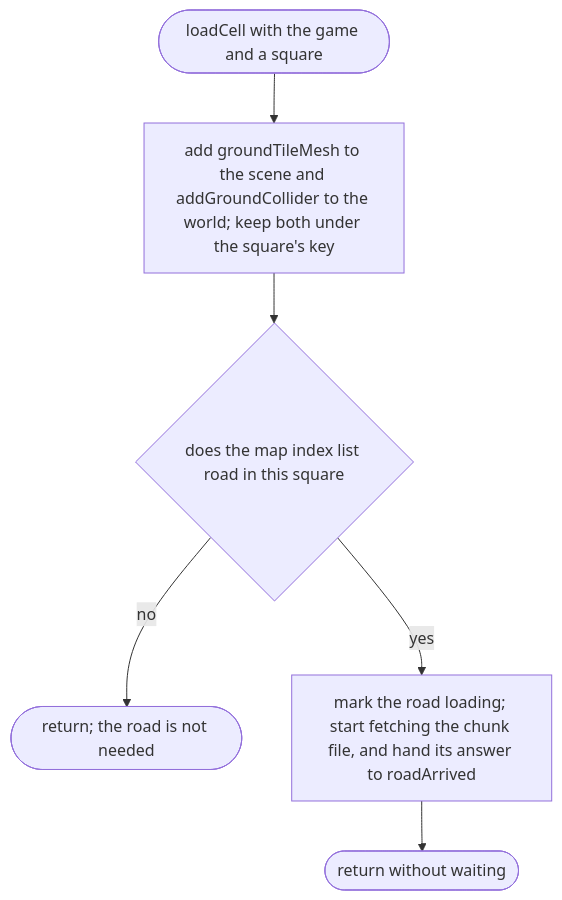
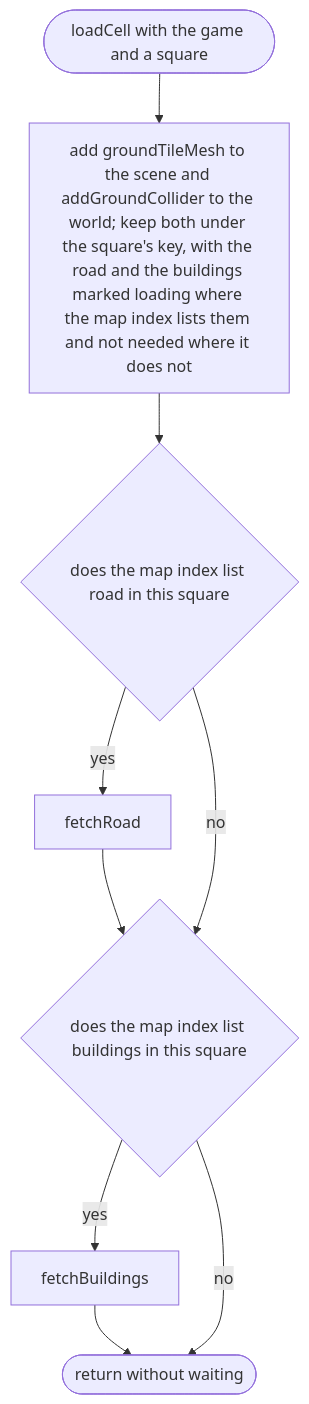
Before and after one commit to NewDara-Star/world-engine: the second of 10 diagrams in docs/designs/src/game/streaming.md, drawn with Mermaid. The commit also changed other lines of this file and 306 other files, not shown here.

First line of the commit message:
Scope 006: buildings from OpenStreetMap

````diff
--- a/docs/designs/src/game/streaming.md
+++ b/docs/designs/src/game/streaming.md
@@ -38,12 +39,15 @@
 ```mermaid
 flowchart TD
   s(["loadCell with the game and a square"])
-  a["add groundTileMesh to the scene and addGroundCollider to the world; keep both under the square's key"]
+  a["add groundTileMesh to the scene and addGroundCollider to the world; keep both under the square's key, with the road and the buildings marked loading where the map index lists them and not needed where it does not"]
   b{"does the map index list road in this square"}
-  c(["return; the road is not needed"])
-  d["mark the road loading; start fetching the chunk file, and hand its answer to roadArrived"]
+  d["fetchRoad"]
+  f{"does the map index list buildings in this square"}
+  g["fetchBuildings"]
   e(["return without waiting"])
   s --> a --> b
-  b -->|"no"| c
-  b -->|"yes"| d --> e
+  b -->|"yes"| d --> f
+  b -->|"no"| f
+  f -->|"yes"| g --> e
+  f -->|"no"| e
 ```
````
